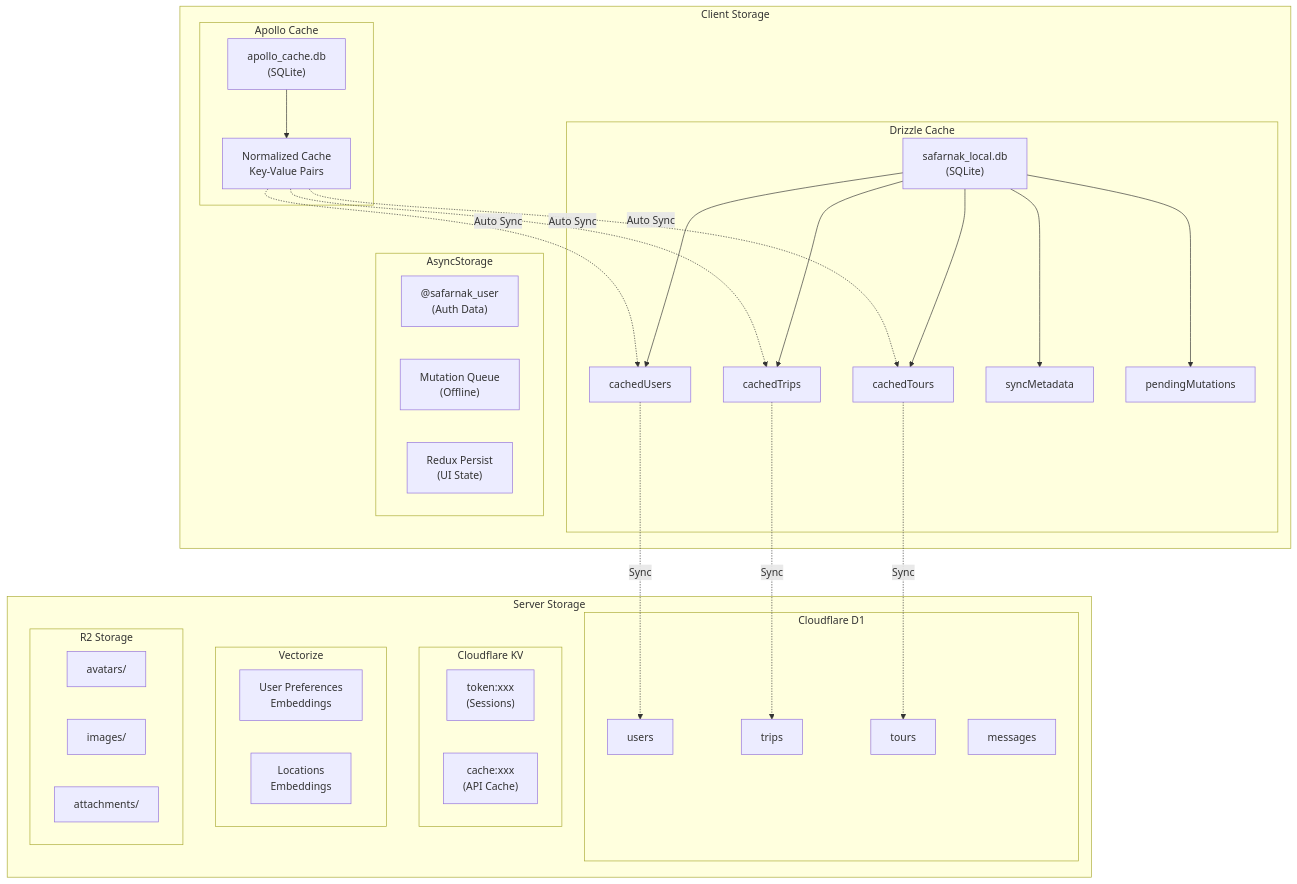
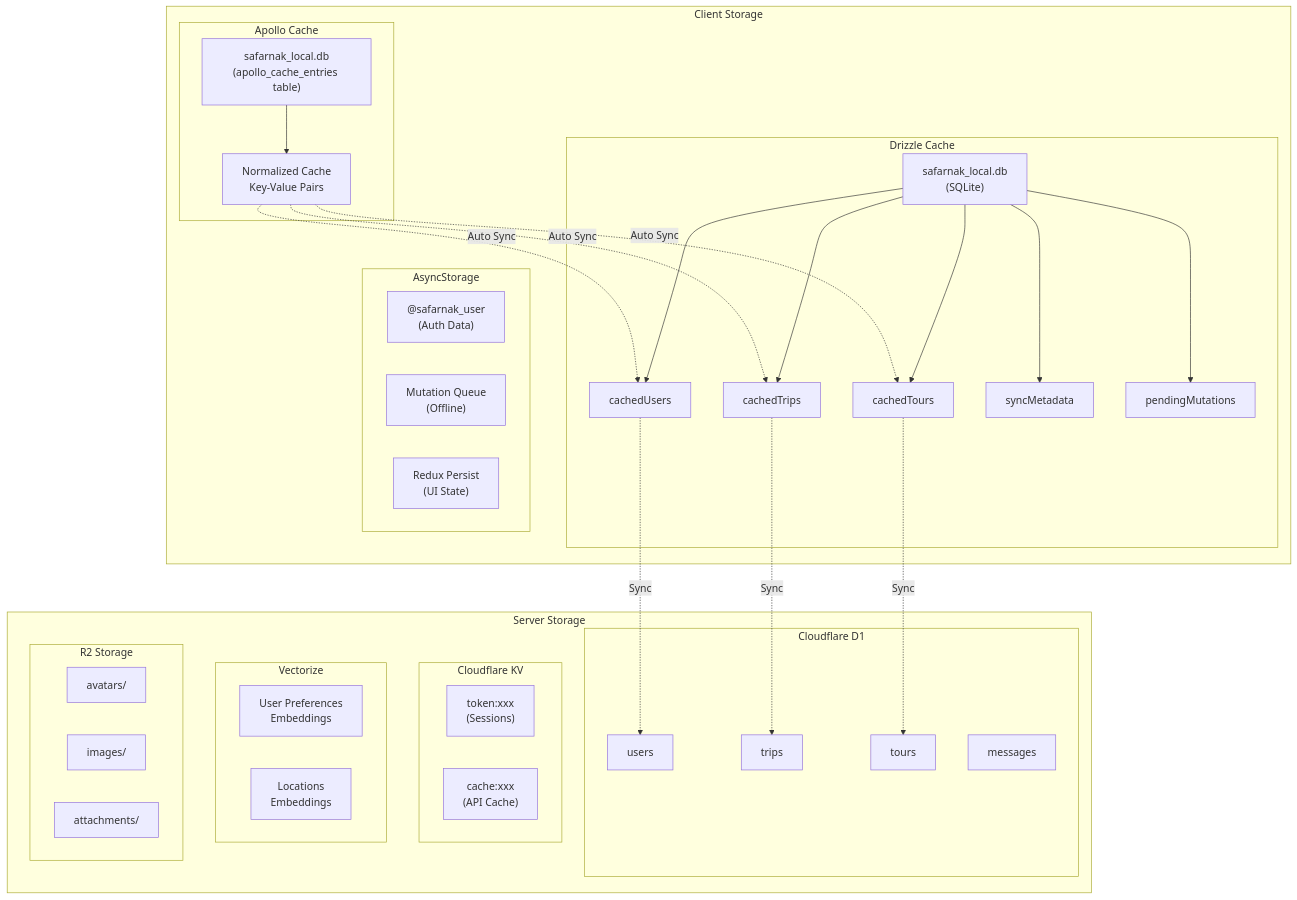
The fifth of 11 diagrams in README.md (mehotkhan/safarnak.app), drawn with Mermaid before and after one commit. The commit also changed other lines of this file, not shown here.

Commit message:
docs(readme): fix outdated references (Enhanced→Generated hooks, apollo cache table); refresh diagrams

````diff
--- a/README.md
+++ b/README.md
@@ -239,57 +239,57 @@
 ```mermaid
 flowchart TB
   subgraph ClientStorage["Client Storage"]
     subgraph Apollo["Apollo Cache"]
-      A1["apollo_cache.db<br/>(SQLite)"]
+      A1["safarnak_local.db<br/>(apollo_cache_entries table)"]
       A2["Normalized Cache<br/>Key-Value Pairs"]
     end
     subgraph Drizzle["Drizzle Cache"]
       D1["safarnak_local.db<br/>(SQLite)"]
       D2["cachedTrips"]
       D3["cachedUsers"]
       D4["cachedTours"]
       D5["syncMetadata"]
       D6["pendingMutations"]
     end
     subgraph Async["AsyncStorage"]
       AS1["@safarnak_user<br/>(Auth Data)"]
       AS2["Mutation Queue<br/>(Offline)"]
       AS3["Redux Persist<br/>(UI State)"]
     end
   end
 
   subgraph ServerStorage["Server Storage"]
     subgraph D1DB["Cloudflare D1"]
       S1["users"]
       S2["trips"]
       S3["tours"]
       S4["messages"]
     end
     subgraph KV["Cloudflare KV"]
       K1["token:xxx<br/>(Sessions)"]
       K2["cache:xxx<br/>(API Cache)"]
     end
     subgraph Vector["Vectorize"]
       V1["User Preferences<br/>Embeddings"]
       V2["Locations<br/>Embeddings"]
     end
     subgraph R2Storage["R2 Storage"]
       R2Avatars["avatars/"]
       R2Images["images/"]
       R2Attachments["attachments/"]
     end
   end
 
   A1 --> A2
   D1 --> D2
   D1 --> D3
   D1 --> D4
   D1 --> D5
   D1 --> D6
   A2 -.->|Auto Sync| D2
   A2 -.->|Auto Sync| D3
   A2 -.->|Auto Sync| D4
   D2 -.->|Sync| S2
   D3 -.->|Sync| S1
   D4 -.->|Sync| S3
 ```
````
